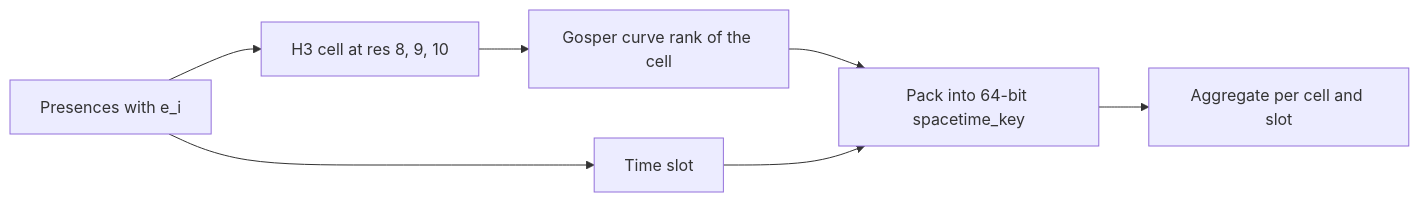
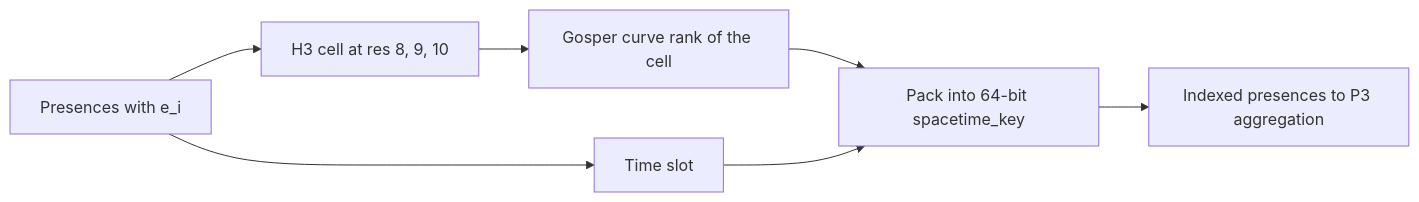
The first of 2 diagrams in content/snow/orion/stage-p3-indexing.md (N0TSU5/4space-sysdiagram), drawn with Mermaid before and after one commit. The commit also changed other lines of this file and 9 other files, not shown here.

````diff
--- a/content/snow/orion/stage-p3-indexing.md
+++ b/content/snow/orion/stage-p3-indexing.md
@@ -12,8 +12,8 @@
 ```mermaid
 flowchart LR
   P["Presences with e_i"] --> C["H3 cell at res 8, 9, 10"]
   C --> G["Gosper curve rank of the cell"]
   P --> T["Time slot"]
   G & T --> K["Pack into 64-bit spacetime_key"]
-  K --> A["Aggregate per cell and slot"]
+  K --> OUT["Indexed presences to P3 aggregation"]
 ```
````
